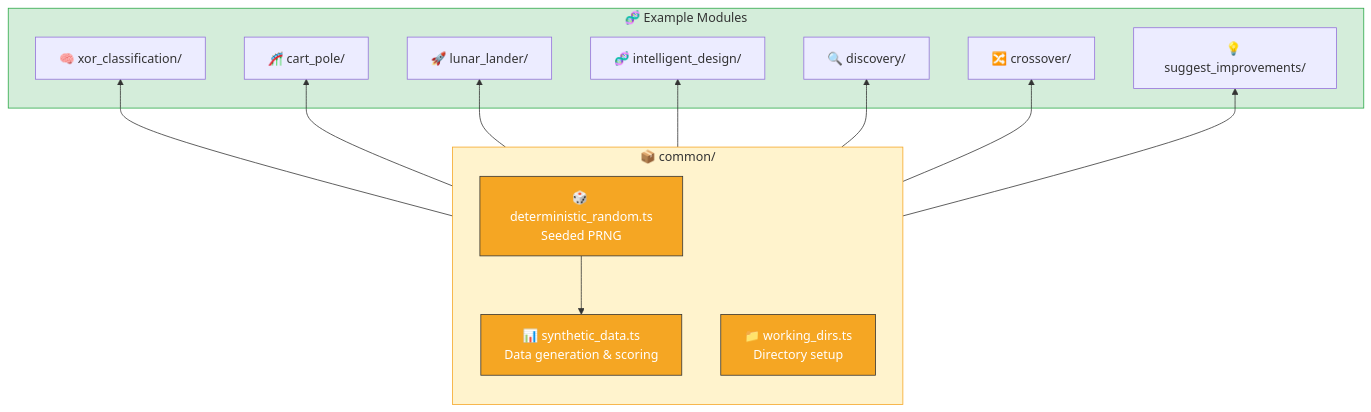
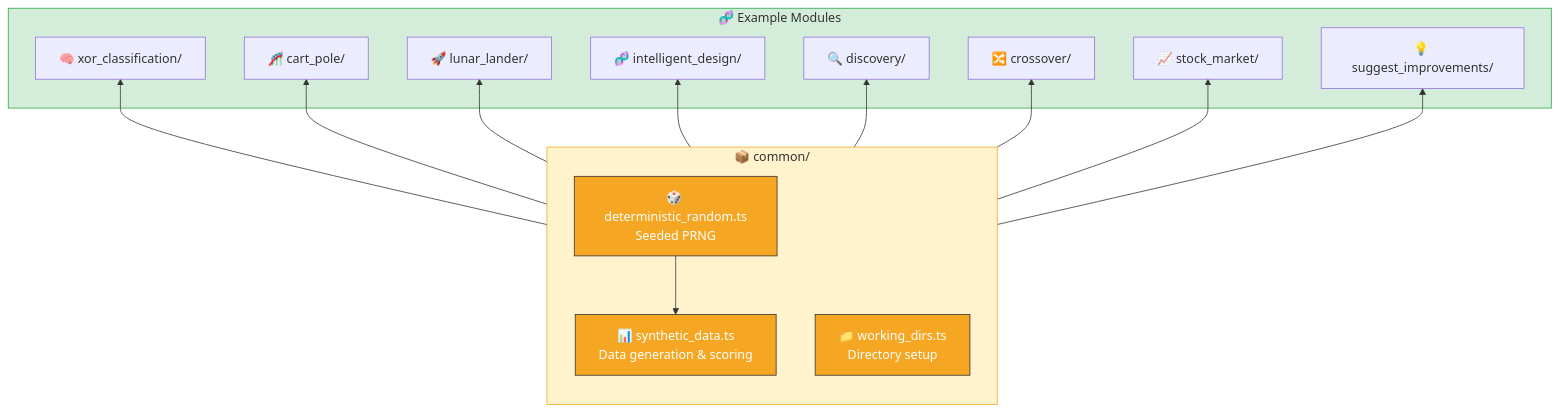
The second of 4 diagrams in README.md (stSoftwareAU/NEAT-AI-Examples), drawn with Mermaid before and after one commit. The commit also changed other lines of this file and 12 other files, not shown here.

First line of the commit message:
Add stock market direction prediction example (#78)

````diff
--- a/README.md
+++ b/README.md
@@ -96,33 +109,35 @@
 ```mermaid
 flowchart BT
     subgraph common ["📦 common/"]
         RNG["🎲 deterministic_random.ts<br/>Seeded PRNG"]
         DATA["📊 synthetic_data.ts<br/>Data generation & scoring"]
         DIRS["📁 working_dirs.ts<br/>Directory setup"]
     end
 
     subgraph examples ["🧬 Example Modules"]
         XOR["🧠 xor_classification/"]
         CART["🎢 cart_pole/"]
         LUNAR["🚀 lunar_lander/"]
         ID["🧬 intelligent_design/"]
         DISC["🔍 discovery/"]
         CROSS["🔀 crossover/"]
+        STOCK["📈 stock_market/"]
         SUGGEST["💡 suggest_improvements/"]
     end
 
     RNG --> DATA
     common --> XOR
     common --> CART
     common --> LUNAR
     common --> ID
     common --> DISC
     common --> CROSS
+    common --> STOCK
     common --> SUGGEST
 
     style common fill:#fff3cd,stroke:#f5a623,color:#333
     style examples fill:#d4edda,stroke:#28a745,color:#333
     style RNG fill:#f5a623,stroke:#333,color:#fff
     style DATA fill:#f5a623,stroke:#333,color:#fff
     style DIRS fill:#f5a623,stroke:#333,color:#fff
 ```
````
